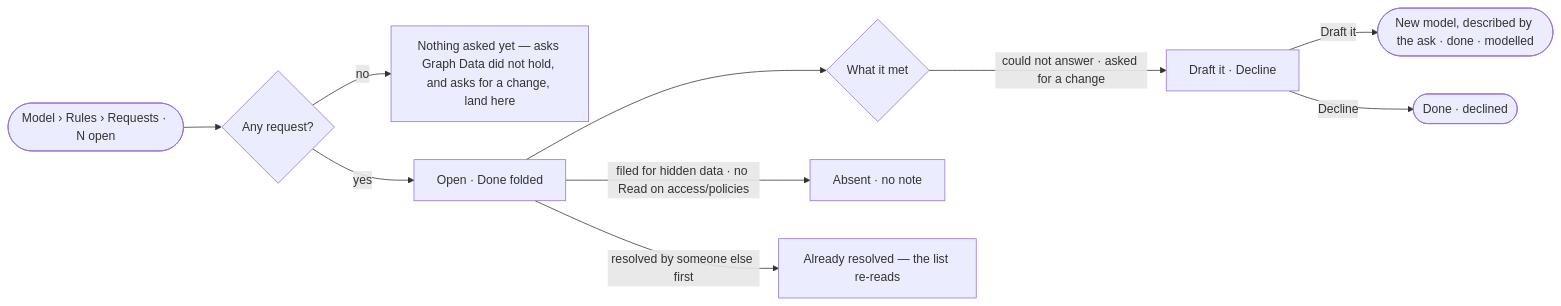
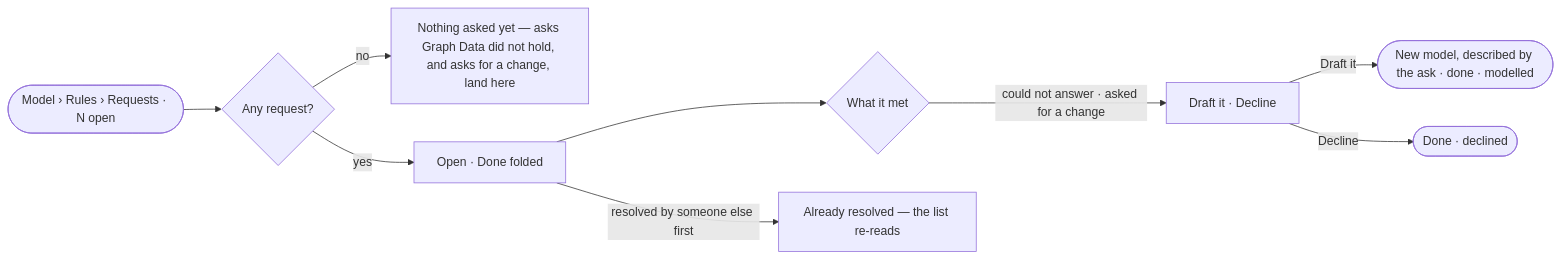
One commit to invana/invana changed the diagram in specs/capabilities/semantics/features/SE-F07-rules/stories/SE-13-act-on-what-people-and-agents-ask-of-the-model/story.md. Above: the diagram before and after it, drawn with Mermaid. The commit also changed other lines of this file and 236 other files, not shown here.

````diff
--- a/specs/capabilities/semantics/features/SE-F07-rules/stories/SE-13-act-on-what-people-and-agents-ask-of-the-model/story.md
+++ b/specs/capabilities/semantics/features/SE-F07-rules/stories/SE-13-act-on-what-people-and-agents-ask-of-the-model/story.md
@@ -28,12 +28,11 @@
 ```mermaid
 flowchart LR
   a([Model › Rules › Requests · N open]) --> l{Any request?}
   l -->|no| e["Nothing asked yet — asks Graph Data did not hold, and asks for a change, land here"]
   l -->|yes| o["Open · Done folded"]
   o --> k{What it met}
   k -->|could not answer · asked for a change| dr["Draft it · Decline"]
   dr -->|Draft it| nm(["New model, described by the ask · done · modelled"])
   dr -->|Decline| d2(["Done · declined"])
-  o -->|filed for hidden data · no Read on access/policies| hx["Absent · no note"]
   o -->|resolved by someone else first| c["Already resolved — the list re-reads"]
 ```
````
